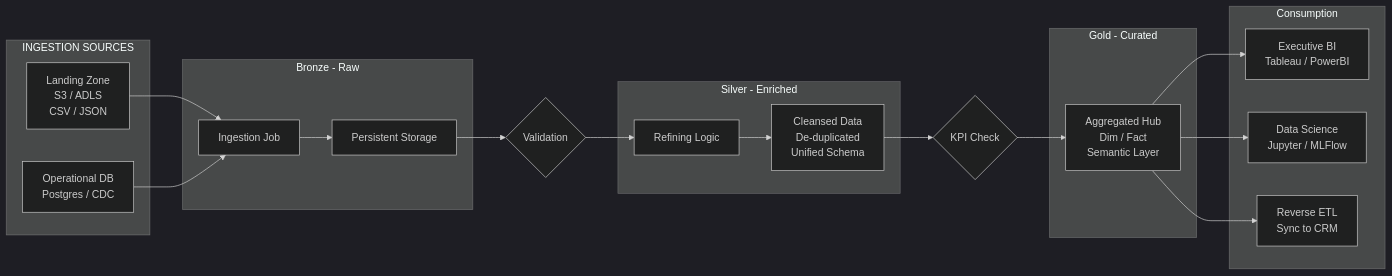
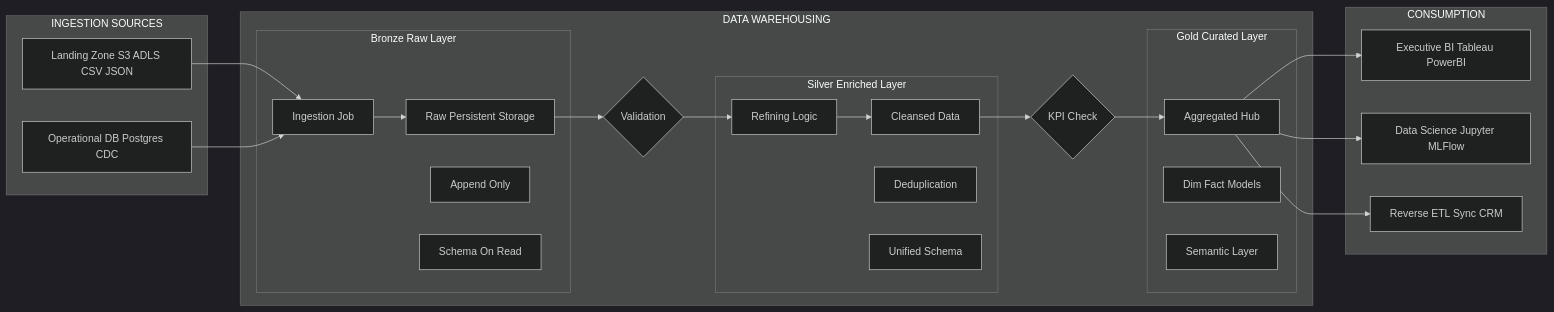
Before and after one commit to ShivA-800/retail-sales-warehouse-snowflake-pro: the diagram in architecture/Medallian_overview.mmd, drawn with Mermaid (dark theme).

````diff
--- a/architecture/Medallian_overview.mmd
+++ b/architecture/Medallian_overview.mmd
@@ -1,46 +1,59 @@
+```mermaid
 flowchart LR
 
 %% ================= SOURCES =================
 subgraph Sources [INGESTION SOURCES]
-    SRC1[Landing Zone\nS3 / ADLS\nCSV / JSON]
-    SRC2[Operational DB\nPostgres / CDC]
+    SRC1[Landing Zone S3 ADLS CSV JSON]
+    SRC2[Operational DB Postgres CDC]
 end
 
-%% ================= BRONZE =================
-subgraph Bronze [Bronze - Raw]
-    B1[Ingestion Job]
-    B2[Persistent Storage]
-end
+%% ================= DATA WAREHOUSE =================
+subgraph DWH [DATA WAREHOUSING]
 
-Gate1{Validation}
+    %% Bronze
+    subgraph Bronze [Bronze Raw Layer]
+        B1[Ingestion Job]
+        B2[Raw Persistent Storage]
+        B3[Append Only]
+        B4[Schema On Read]
+    end
 
-%% ================= SILVER =================
-subgraph Silver [Silver - Enriched]
-    S1[Refining Logic]
-    S2[Cleansed Data\nDe-duplicated\nUnified Schema]
-end
+    Gate1{Validation}
 
-Gate2{KPI Check}
+    %% Silver
+    subgraph Silver [Silver Enriched Layer]
+        S1[Refining Logic]
+        S2[Cleansed Data]
+        S3[Deduplication]
+        S4[Unified Schema]
+    end
 
-%% ================= GOLD =================
-subgraph Gold [Gold - Curated]
-    G1[Aggregated Hub\nDim / Fact\nSemantic Layer]
+    Gate2{KPI Check}
+
+    %% Gold
+    subgraph Gold [Gold Curated Layer]
+        G1[Aggregated Hub]
+        G2[Dim Fact Models]
+        G3[Semantic Layer]
+    end
+
 end
 
 %% ================= CONSUMPTION =================
-subgraph Consume [Consumption]
-    C1[Executive BI\nTableau / PowerBI]
-    C2[Data Science\nJupyter / MLFlow]
-    C3[Reverse ETL\nSync to CRM]
+subgraph Consume [CONSUMPTION]
+    C1[Executive BI Tableau PowerBI]
+    C2[Data Science Jupyter MLFlow]
+    C3[Reverse ETL Sync CRM]
 end
 
 %% ================= FLOW =================
 SRC1 --> B1
 SRC2 --> B1
-B1 --> B2
-B2 --> Gate1 --> S1 --> S2
-S2 --> Gate2 --> G1
+B1 --> B2 --> Gate1
+Gate1 --> S1 --> S2 --> Gate2
+Gate2 --> G1
 
 G1 --> C1
 G1 --> C2
 G1 --> C3
+```
````
